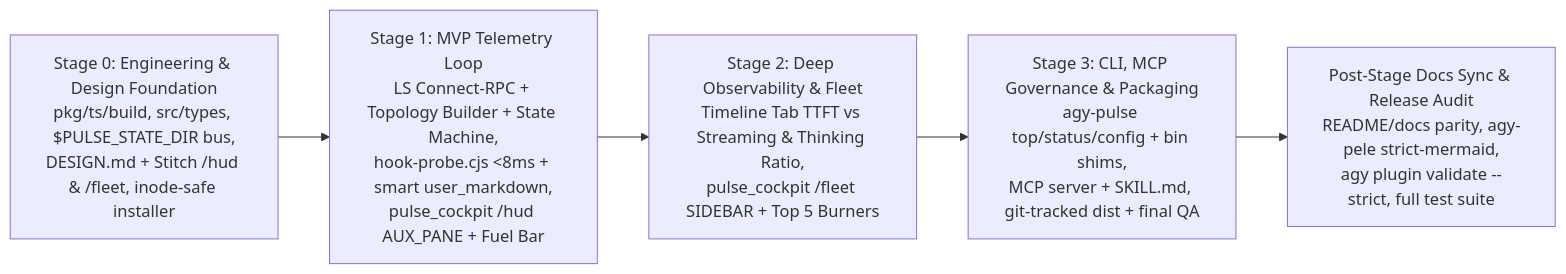
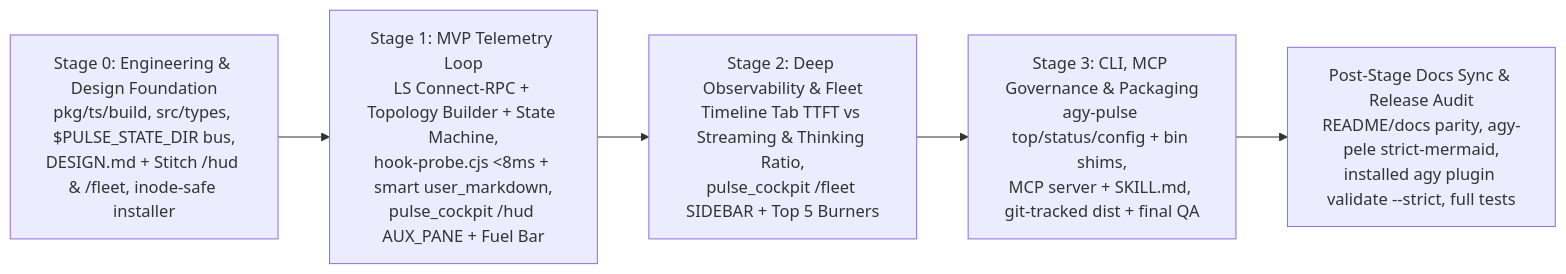
The first of 2 diagrams in docs/plans/00_MASTER_IMPLEMENTATION_BLUEPRINT.md (springtian1982/antigravity-pulse), drawn with Mermaid before and after one commit. The commit also changed other lines of this file and 12 other files, not shown here.

````diff
--- a/docs/plans/00_MASTER_IMPLEMENTATION_BLUEPRINT.md
+++ b/docs/plans/00_MASTER_IMPLEMENTATION_BLUEPRINT.md
@@ -18,13 +18,13 @@
 ```mermaid
 flowchart LR
     S0["Stage 0: Engineering & Design Foundation<br/>pkg/ts/build, src/types, $PULSE_STATE_DIR bus,<br/>DESIGN.md + Stitch /hud &amp; /fleet, inode-safe installer"]
     S1["Stage 1: MVP Telemetry Loop<br/>LS Connect-RPC + Topology Builder + State Machine,<br/>hook-probe.cjs &lt;8ms + smart user_markdown,<br/>pulse_cockpit /hud AUX_PANE + Fuel Bar"]
     S2["Stage 2: Deep Observability &amp; Fleet<br/>Timeline Tab TTFT vs Streaming &amp; Thinking Ratio,<br/>pulse_cockpit /fleet SIDEBAR + Top 5 Burners"]
     S3["Stage 3: CLI, MCP Governance &amp; Packaging<br/>agy-pulse top/status/config + bin shims,<br/>MCP server + SKILL.md, git-tracked dist + final QA"]
-    SYNC["Post-Stage Docs Sync &amp; Release Audit<br/>README/docs parity, agy-pele strict-mermaid,<br/>agy plugin validate --strict, full test suite"]
+    SYNC["Post-Stage Docs Sync &amp; Release Audit<br/>README/docs parity, agy-pele strict-mermaid,<br/>installed agy plugin validate --strict, full tests"]
 
     S0 --> S1
     S1 --> S2
     S2 --> S3
     S3 --> SYNC
 ```
````
